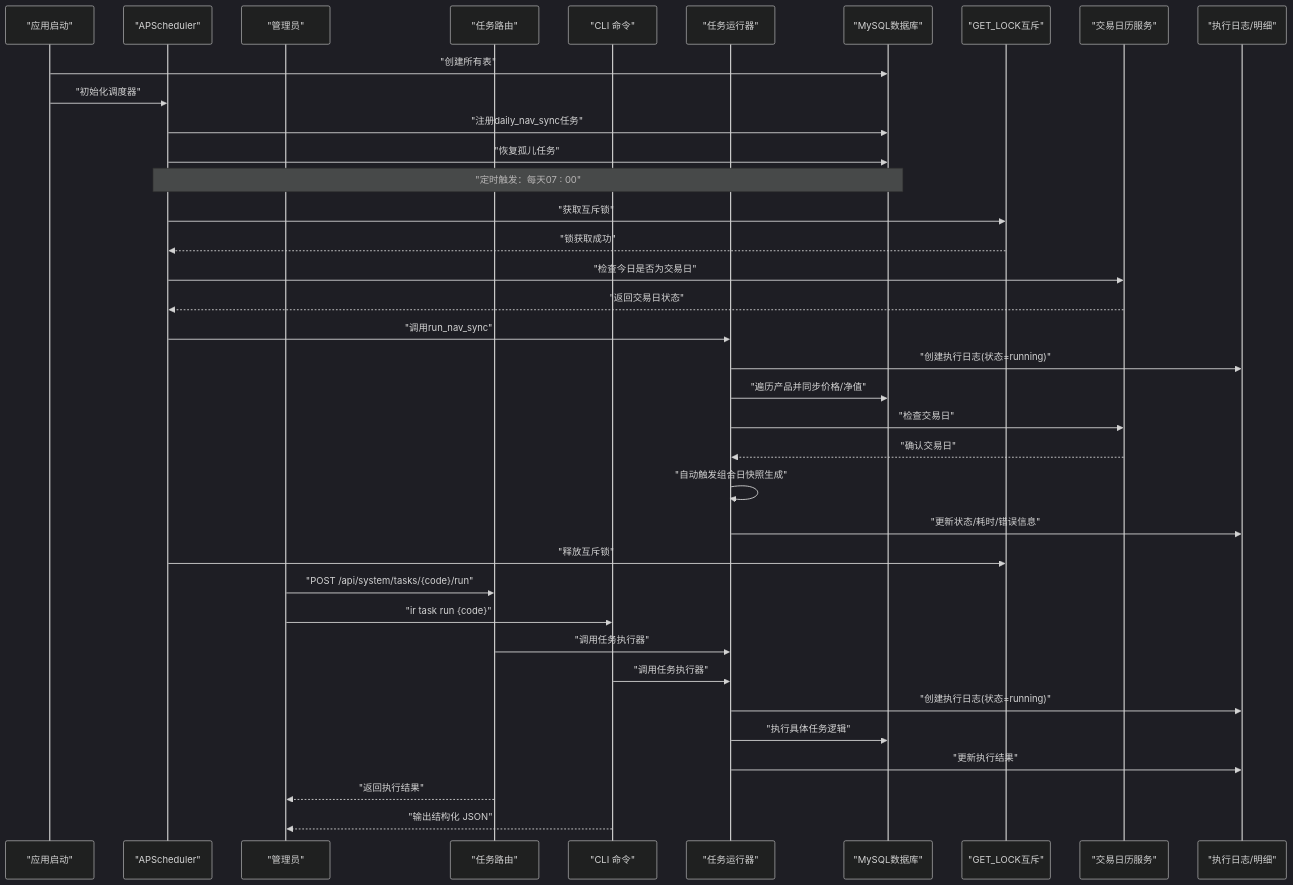
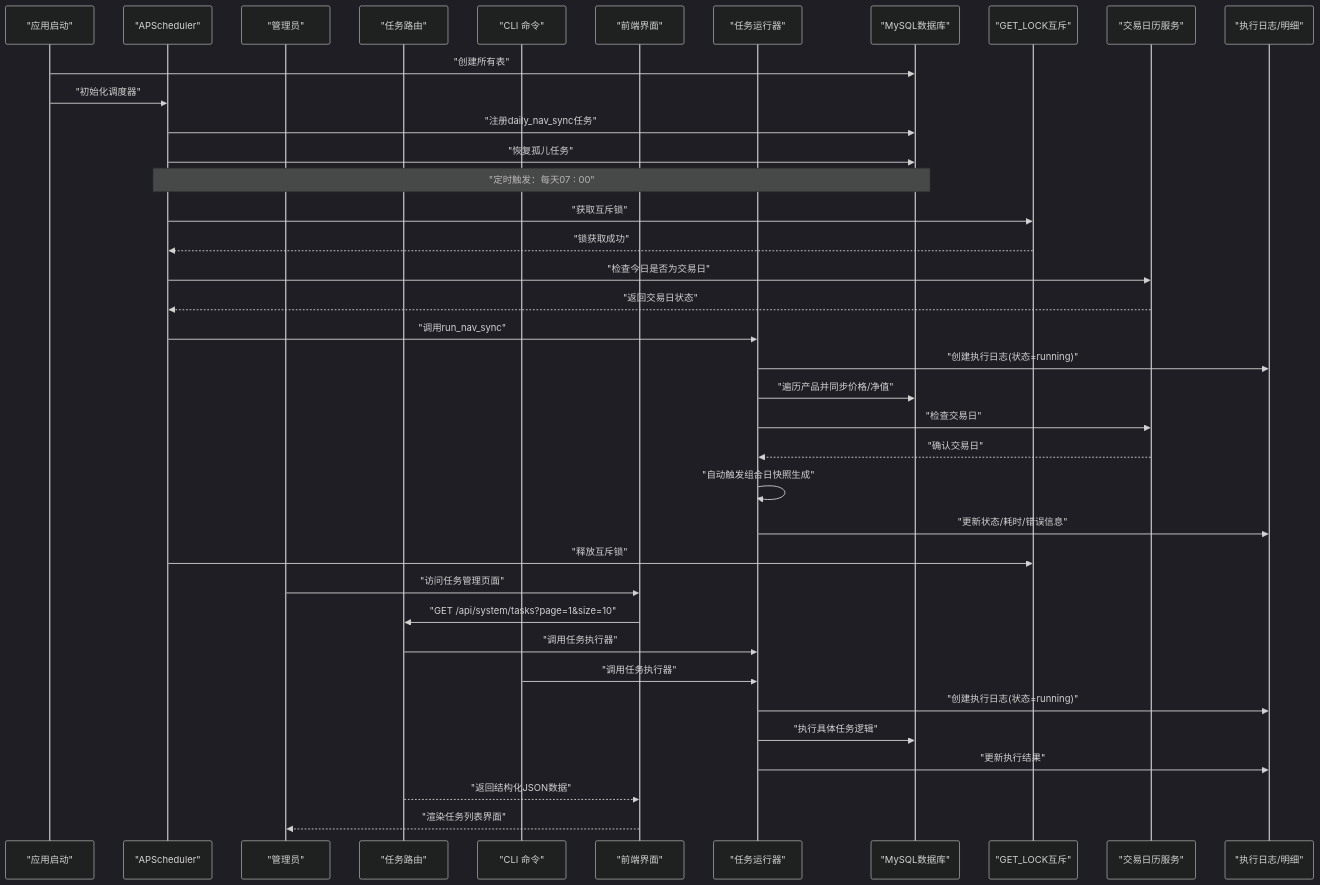
The second of 17 diagrams in .qoder/repowiki/zh/content/任务调度系统/任务调度系统.md (gujialind/InvestRing), drawn with Mermaid (dark theme) before and after one commit. The commit also changed other lines of this file and 32 other files, not shown here.

````diff
--- a/.qoder/repowiki/zh/content/任务调度系统/任务调度系统.md
+++ b/.qoder/repowiki/zh/content/任务调度系统/任务调度系统.md
@@ -169,39 +178,40 @@
 ```mermaid
 sequenceDiagram
 participant Boot as "应用启动"
 participant Scheduler as "APScheduler"
 participant Admin as "管理员"
 participant API as "任务路由"
 participant CLI as "CLI 命令"
+participant Frontend as "前端界面"
 participant Runner as "任务运行器"
 participant DB as "MySQL数据库"
 participant Lock as "GET_LOCK互斥"
 participant Cal as "交易日历服务"
 participant Log as "执行日志/明细"
 Boot->>DB : "创建所有表"
 Boot->>Scheduler : "初始化调度器"
 Scheduler->>DB : "注册daily_nav_sync任务"
 Scheduler->>DB : "恢复孤儿任务"
 Note over Scheduler,DB : "定时触发：每天07 : 00"
 Scheduler->>Lock : "获取互斥锁"
 Lock-->>Scheduler : "锁获取成功"
 Scheduler->>Cal : "检查今日是否为交易日"
 Cal-->>Scheduler : "返回交易日状态"
 Scheduler->>Runner : "调用run_nav_sync"
 Runner->>Log : "创建执行日志(状态=running)"
 Runner->>DB : "遍历产品并同步价格/净值"
 Runner->>Cal : "检查交易日"
 Cal-->>Runner : "确认交易日"
 Runner->>Runner : "自动触发组合日快照生成"
 Runner->>Log : "更新状态/耗时/错误信息"
 Scheduler->>Lock : "释放互斥锁"
-Admin->>API : "POST /api/system/tasks/{code}/run"
-Admin->>CLI : "ir task run {code}"
+Admin->>Frontend : "访问任务管理页面"
+Frontend->>API : "GET /api/system/tasks?page=1&size=10"
 API->>Runner : "调用任务执行器"
 CLI->>Runner : "调用任务执行器"
 Runner->>Log : "创建执行日志(状态=running)"
 Runner->>DB : "执行具体任务逻辑"
 Runner->>Log : "更新执行结果"
-API-->>Admin : "返回执行结果"
-CLI-->>Admin : "输出结构化 JSON"
+API-->>Frontend : "返回结构化JSON数据"
+Frontend-->>Admin : "渲染任务列表界面"
 ```
````
